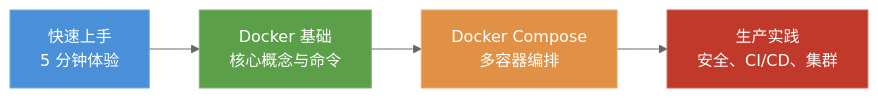
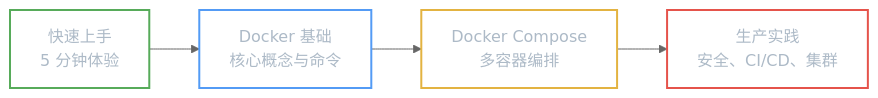
The diagram in docs/topic/docker/getting-started/index.md (luguosong/programming-notes), drawn with Mermaid (neutral theme) before and after one commit. The commit also changed 8 other files, not shown here.

First line of the commit message:
style: Mermaid 浅/深色模式适配，更新 Docker/OAuth 文档，新增发音练习

````diff
--- a/docs/topic/docker/getting-started/index.md
+++ b/docs/topic/docker/getting-started/index.md
@@ -90,10 +90,14 @@
 ``` mermaid
 graph LR
     A[快速上手<br>5 分钟体验] --> B[Docker 基础<br>核心概念与命令]
     B --> C[Docker Compose<br>多容器编排]
     C --> D[生产实践<br>安全、CI/CD、集群]
-    style A fill:#4A90D9,stroke:#6aaee8,color:#fff
-    style B fill:#5B9F49,stroke:#7ab86a,color:#fff
-    style C fill:#E09145,stroke:#eaaa6b,color:#fff
-    style D fill:#C0392B,stroke:#d45d52,color:#fff
+    classDef step1 fill:transparent,stroke:#57ab5a,color:#adbac7,stroke-width:2px
+    classDef step2 fill:transparent,stroke:#539bf5,color:#adbac7,stroke-width:2px
+    classDef step3 fill:transparent,stroke:#e3b341,color:#adbac7,stroke-width:2px
+    classDef step4 fill:transparent,stroke:#e5534b,color:#adbac7,stroke-width:2px
+    class A step1
+    class B step2
+    class C step3
+    class D step4
 ```
````
